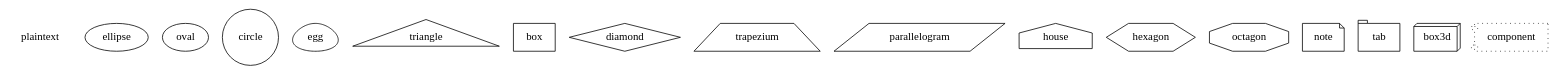
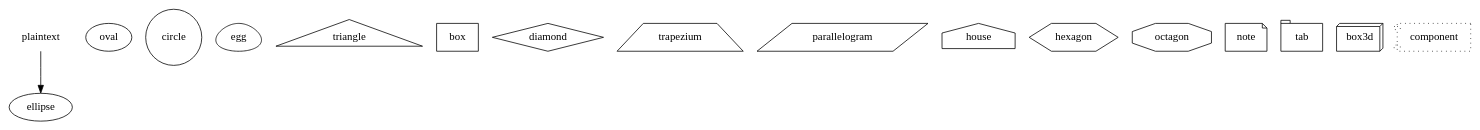
The diagram in others/graphviz/describe.dot (buptrobin/MyProjects), drawn with Graphviz before and after one commit. The commit also changed 21 other files, not shown here.

```diff
--- a/others/graphviz/describe.dot
+++ b/others/graphviz/describe.dot
@@ -1,22 +1,24 @@
 digraph Describe {
 	node [shape="record"];
 	edge [style="solid"];
 
 	plaintext [shape="plaintext"];
 	ellipse [shape="ellipse"];
 	oval [shape="oval"];
 	circle [shape="circle"];
 	egg [shape="egg"];
 	triangle [shape="triangle"];
 	box [shape="box"];
 	diamond [shape="diamond"];
 	trapezium [shape="trapezium"];
 	parallelogram [shape="parallelogram"];
 	house [shape="house"];
 	hexagon [shape="hexagon"];
 	octagon [shape="octagon"];
 	note [shape="note"];
 	tab [shape="tab"];
 	box3d [shape="box3d"];
 	component [shape="component" style="dotted"];
+
+	plaintext->ellipse;
 }
```
